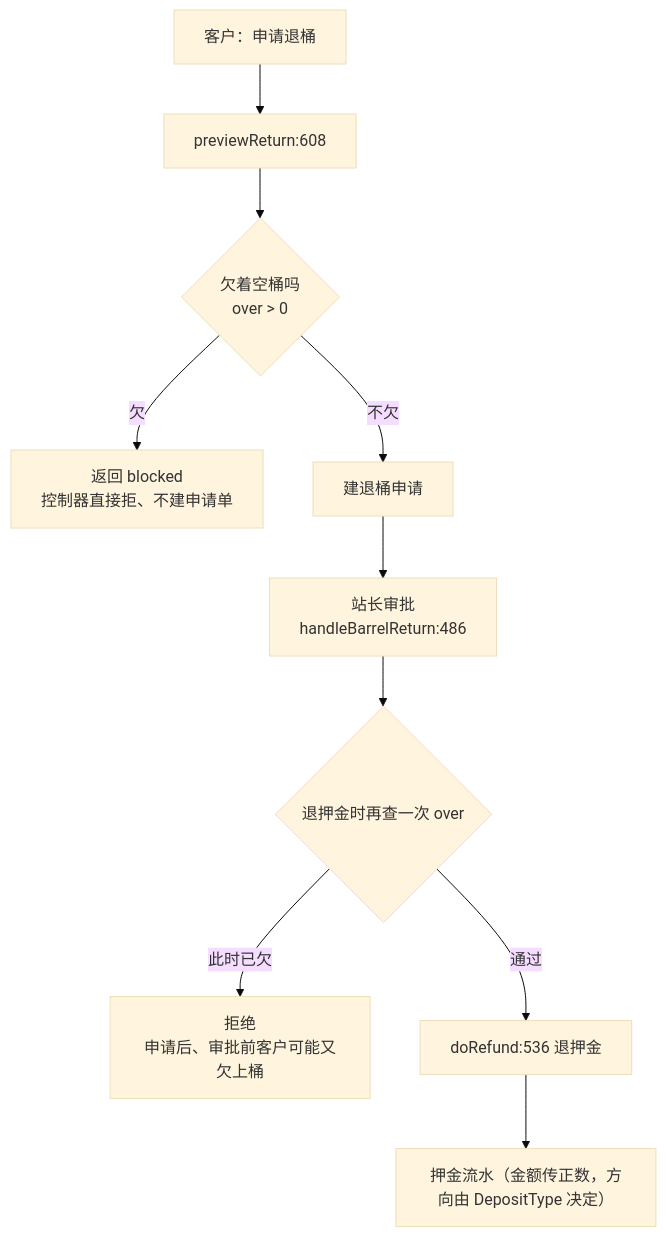
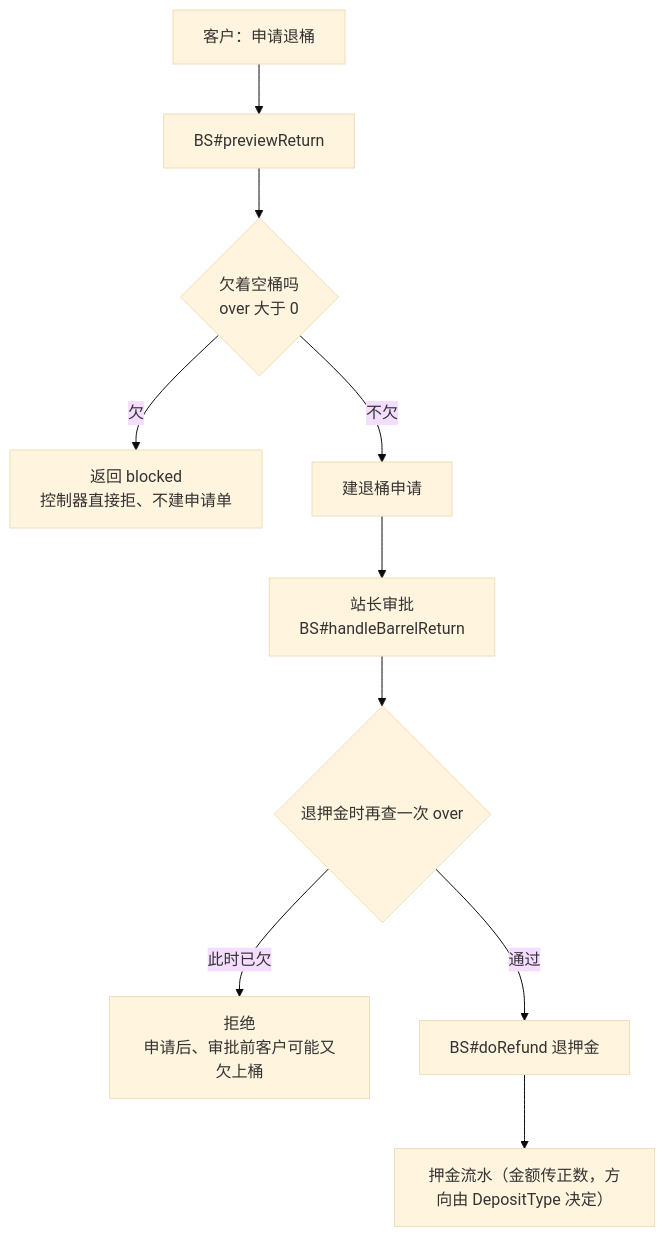
One commit to rumiasu/AquaFlow changed the seventh of 10 diagrams in docs/design/15-业务流程地图.md. Above: the diagram before and after it, drawn with Mermaid (base theme). The commit also changed other lines of this file and 54 other files, not shown here.

````diff
--- a/docs/design/15-业务流程地图.md
+++ b/docs/design/15-业务流程地图.md
@@ -273,12 +229,12 @@
 ```mermaid
 flowchart TD
-  A["客户：申请退桶"] --> B["previewReturn:608"]
-  B --> C{"欠着空桶吗<br/>over > 0"}
+  A["客户：申请退桶"] --> B["BS#previewReturn"]
+  B --> C{"欠着空桶吗<br/>over 大于 0"}
   C -->|"欠"| C1["返回 blocked<br/>控制器直接拒、不建申请单"]
   C -->|"不欠"| D["建退桶申请"]
-  D --> E["站长审批<br/>handleBarrelReturn:486"]
+  D --> E["站长审批<br/>BS#handleBarrelReturn"]
   E --> F{"退押金时再查一次 over"}
   F -->|"此时已欠"| F1["拒绝<br/>申请后、审批前客户可能又欠上桶"]
-  F -->|"通过"| G["doRefund:536 退押金"]
+  F -->|"通过"| G["BS#doRefund 退押金"]
   G --> H["押金流水（金额传正数，方向由 DepositType 决定）"]
 ```
````
